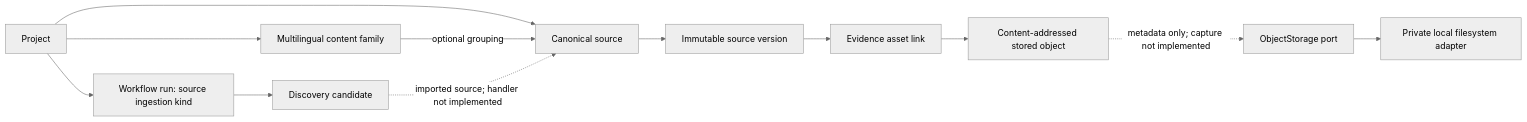
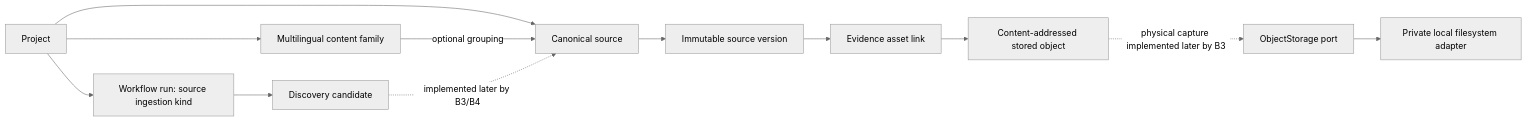
Before and after one commit to Wenqi77Zhang/GameCrafter-Agent: the fourth of 25 diagrams in docs/architecture/system-architecture.md, drawn with Mermaid (neutral theme). The commit also changed other lines of this file and 53 other files, not shown here.

````diff
--- a/docs/architecture/system-architecture.md
+++ b/docs/architecture/system-architecture.md
@@ -106,22 +117,22 @@
 ```mermaid
 flowchart LR
     PROJECT["Project"]
     RUN["Workflow run: source ingestion kind"]
     CANDIDATE["Discovery candidate"]
     FAMILY["Multilingual content family"]
     SOURCE["Canonical source"]
     VERSION["Immutable source version"]
     ASSET["Evidence asset link"]
     OBJECT["Content-addressed stored object"]
     PORT["ObjectStorage port"]
     LOCAL["Private local filesystem adapter"]
 
     PROJECT --> RUN --> CANDIDATE
     PROJECT --> FAMILY
     PROJECT --> SOURCE
     FAMILY -->|"optional grouping"| SOURCE
-    CANDIDATE -. "imported source; handler not implemented" .-> SOURCE
+    CANDIDATE -. "implemented later by B3/B4" .-> SOURCE
     SOURCE --> VERSION --> ASSET --> OBJECT
     PORT --> LOCAL
-    OBJECT -. "metadata only; capture not implemented" .-> PORT
+    OBJECT -. "physical capture implemented later by B3" .-> PORT
 ```
````
